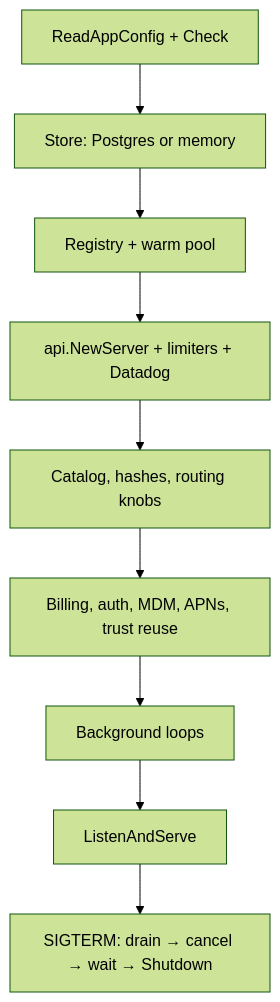
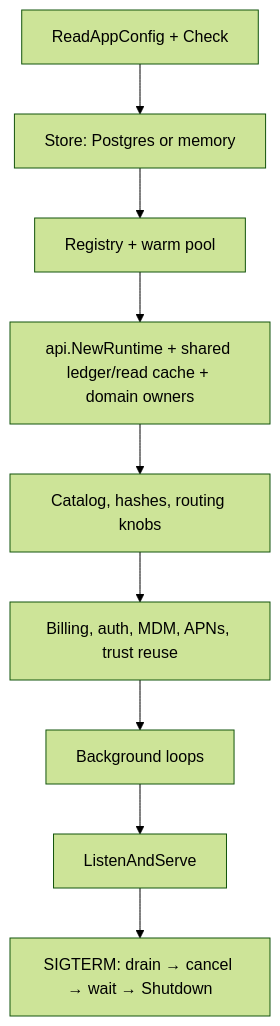
One commit to Layr-Labs/d-inference changed the diagram in docs/architecture/components/coordinator.md. Above: the diagram before and after it, drawn with Mermaid (forest theme). The commit also changed other lines of this file and 3847 other files, not shown here.

````diff
--- a/docs/architecture/components/coordinator.md
+++ b/docs/architecture/components/coordinator.md
@@ -146,11 +244,11 @@
 ```mermaid
 flowchart TD
   A[ReadAppConfig + Check] --> B[Store: Postgres or memory]
   B --> C[Registry + warm pool]
-  C --> D[api.NewServer + limiters + Datadog]
+  C --> D[api.NewRuntime + shared ledger/read cache + domain owners]
   D --> E[Catalog, hashes, routing knobs]
   E --> F[Billing, auth, MDM, APNs, trust reuse]
   F --> G[Background loops]
   G --> H[ListenAndServe]
   H --> I[SIGTERM: drain → cancel → wait → Shutdown]
 ```
````
